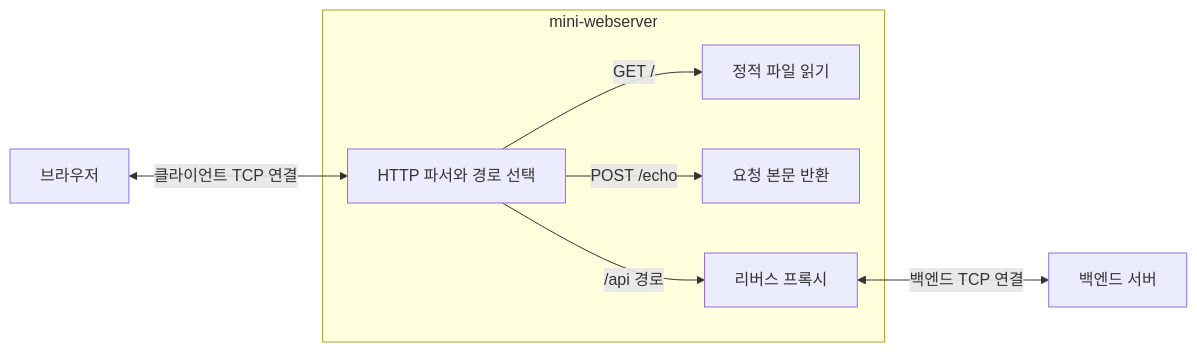
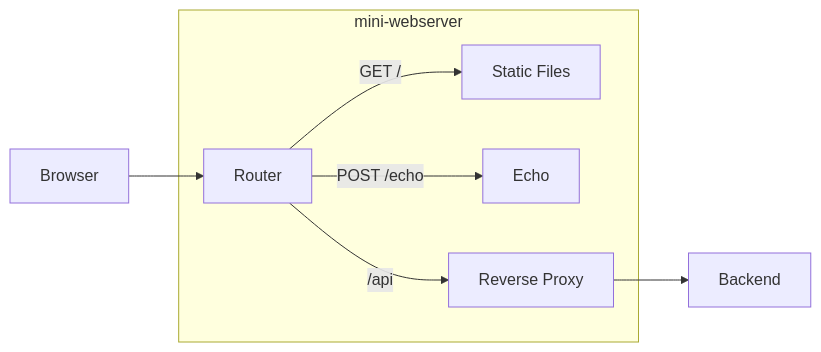
The first of 8 diagrams in README.md (benjohnbill/mini-webserver), drawn with Mermaid before and after one commit. The commit also changed other lines of this file and 2 other files, not shown here.

Commit message:
Simplify README overview and server diagram

````diff
--- a/README.md
+++ b/README.md
@@ -11,11 +9,10 @@
 ```mermaid
 flowchart LR
-    browser["브라우저"] <-->|"클라이언트 TCP 연결"| router
+    browser[Browser] --> router
     subgraph server["mini-webserver"]
-        router["HTTP 파서와 경로 선택"]
-        router -->|"GET /"| file["정적 파일 읽기"]
-        router -->|"POST /echo"| echo["요청 본문 반환"]
-        router -->|"/api 경로"| proxy["리버스 프록시"]
+        router[Router] -->|"GET /"| files[Static Files]
+        router -->|"POST /echo"| echo[Echo]
+        router -->|"/api"| proxy[Reverse Proxy]
     end
-    proxy <-->|"백엔드 TCP 연결"| backend["백엔드 서버"]
+    proxy --> backend[Backend]
 ```
````
